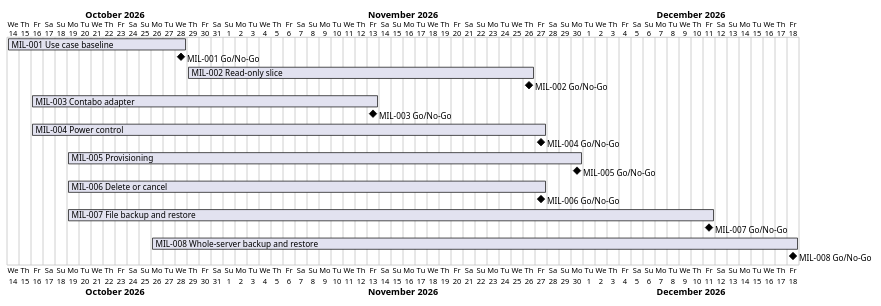
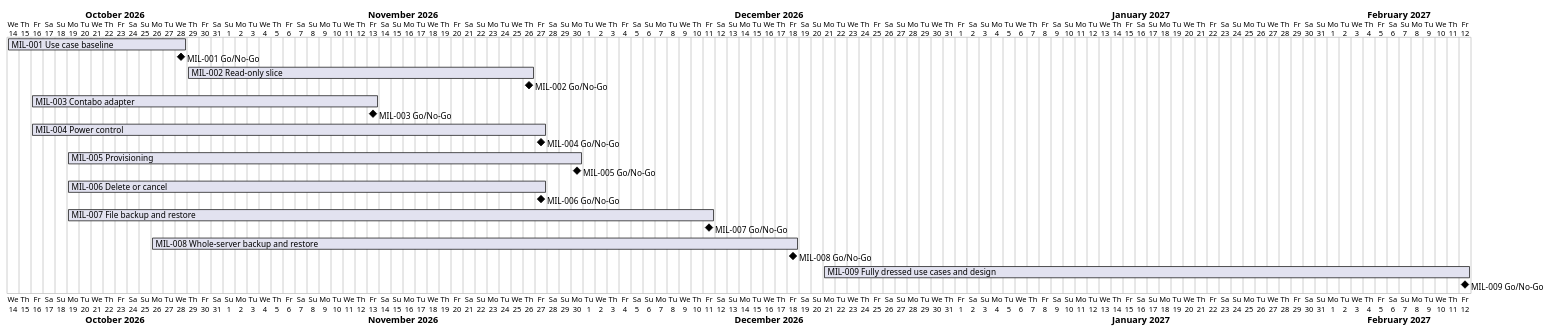
One commit to TirSystem/iac-node-forge changed the diagram in docs/project-plan.md. Above: the diagram before and after it, drawn with PlantUML. The commit also changed other lines of this file and 5 other files, not shown here.

Commit message:
Plan MIL-009: fully dressed use cases and the design (RC-120, RC-121)

````diff
--- a/docs/project-plan.md
+++ b/docs/project-plan.md
@@ -62,21 +65,23 @@
 ```plantuml
 @startgantt
 Project starts 2026-10-14
 [MIL-001 Use case baseline] starts 2026-10-14 and ends 2026-10-28
 [MIL-001 Go/No-Go] happens 2026-10-28
 [MIL-002 Read-only slice] starts 2026-10-29 and ends 2026-11-26
 [MIL-002 Go/No-Go] happens 2026-11-26
 [MIL-003 Contabo adapter] starts 2026-10-16 and ends 2026-11-13
 [MIL-003 Go/No-Go] happens 2026-11-13
 [MIL-004 Power control] starts 2026-10-16 and ends 2026-11-27
 [MIL-004 Go/No-Go] happens 2026-11-27
 [MIL-005 Provisioning] starts 2026-10-19 and ends 2026-11-30
 [MIL-005 Go/No-Go] happens 2026-11-30
 [MIL-006 Delete or cancel] starts 2026-10-19 and ends 2026-11-27
 [MIL-006 Go/No-Go] happens 2026-11-27
 [MIL-007 File backup and restore] starts 2026-10-19 and ends 2026-12-11
 [MIL-007 Go/No-Go] happens 2026-12-11
 [MIL-008 Whole-server backup and restore] starts 2026-10-26 and ends 2026-12-18
 [MIL-008 Go/No-Go] happens 2026-12-18
+[MIL-009 Fully dressed use cases and design] starts 2026-12-21 and ends 2027-02-12
+[MIL-009 Go/No-Go] happens 2027-02-12
 @endgantt
 ```
````
